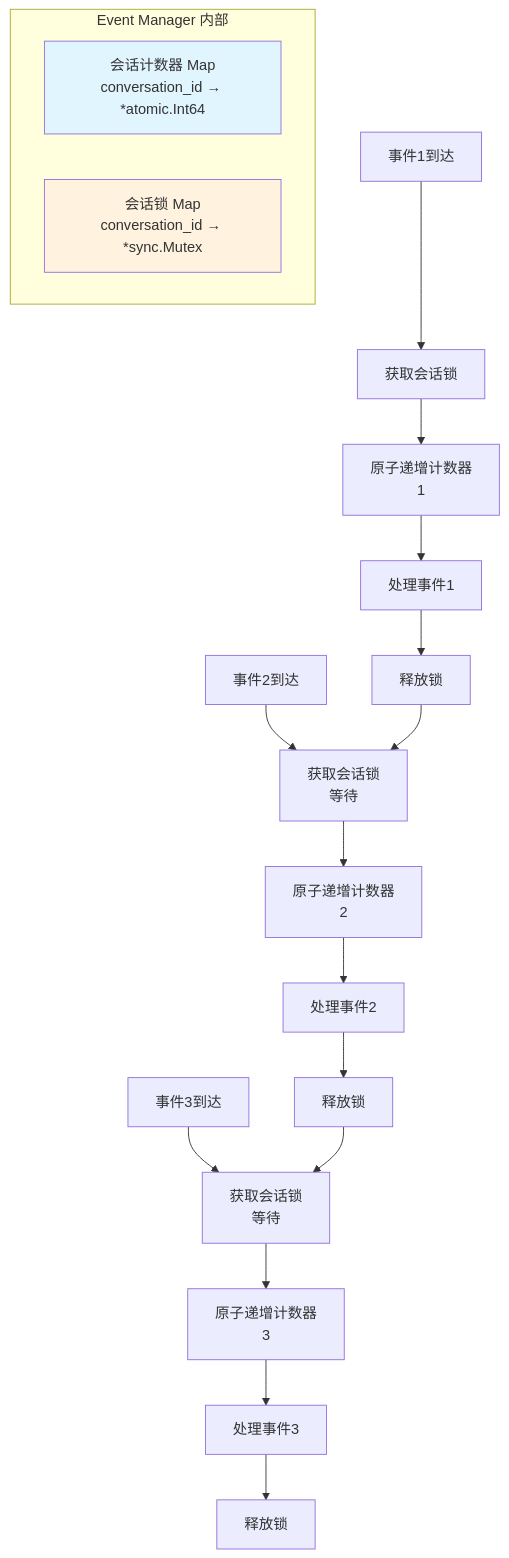
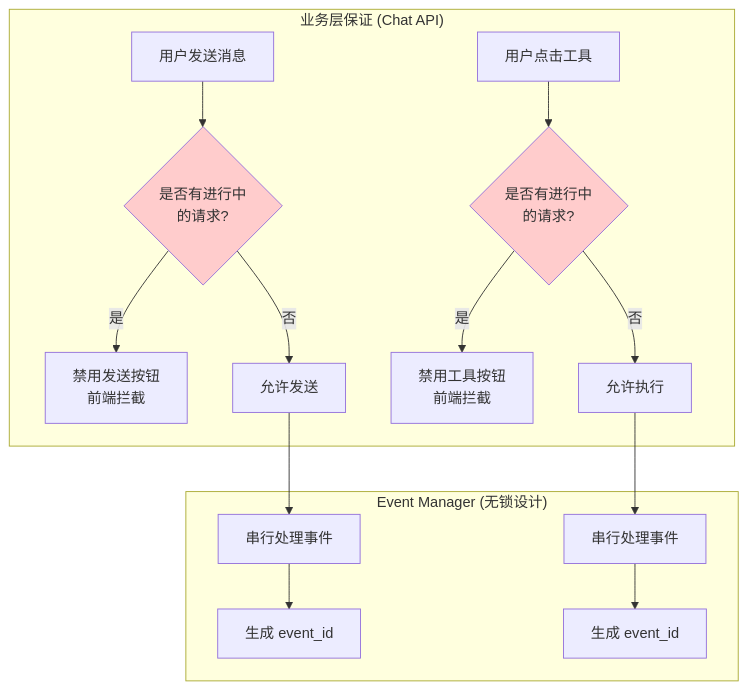
One commit to yingjianzh/iodraw-files changed the diagram in all/未命名-10.md. Above: the diagram before and after it, drawn with Mermaid.

Commit message:
2025-12-23 18:33:14 update

````diff
--- a/all/未命名-10.md
+++ b/all/未命名-10.md
@@ -1,31 +1,27 @@
 ```mermaid
 graph TB
-    subgraph "Event Manager 内部"
-        Counter[会话计数器 Map<br/>conversation_id → *atomic.Int64]
-        Lock[会话锁 Map<br/>conversation_id → *sync.Mutex]
+    subgraph "业务层保证 (Chat API)"
+        UI1[用户发送消息]
+        UI2[用户点击工具]
+        
+        UI1 --> Check1{是否有进行中<br/>的请求?}
+        UI2 --> Check2{是否有进行中<br/>的请求?}
+        
+        Check1 -->|是| Block1[禁用发送按钮<br/>前端拦截]
+        Check1 -->|否| Allow1[允许发送]
+        
+        Check2 -->|是| Block2[禁用工具按钮<br/>前端拦截]
+        Check2 -->|否| Allow2[允许执行]
     end
     
-    Event1[事件1到达]
-    Event2[事件2到达]
-    Event3[事件3到达]
+    subgraph "Event Manager (无锁设计)"
+        Allow1 --> Process1[串行处理事件]
+        Allow2 --> Process2[串行处理事件]
+        
+        Process1 --> Gen1[生成 event_id]
+        Process2 --> Gen2[生成 event_id]
+    end
     
-    Event1 --> GetLock1[获取会话锁]
-    GetLock1 --> Inc1[原子递增计数器<br/>1]
-    Inc1 --> Process1[处理事件1]
-    Process1 --> Release1[释放锁]
-    
-    Event2 --> GetLock2[获取会话锁<br/>等待]
-    Release1 --> GetLock2
-    GetLock2 --> Inc2[原子递增计数器<br/>2]
-    Inc2 --> Process2[处理事件2]
-    Process2 --> Release2[释放锁]
-    
-    Event3 --> GetLock3[获取会话锁<br/>等待]
-    Release2 --> GetLock3
-    GetLock3 --> Inc3[原子递增计数器<br/>3]
-    Inc3 --> Process3[处理事件3]
-    Process3 --> Release3[释放锁]
-    
-    style Counter fill:#e1f5ff
-    style Lock fill:#fff3e0
+    style Check1 fill:#ffcccc
+    style Check2 fill:#ffcccc
 ```
````
